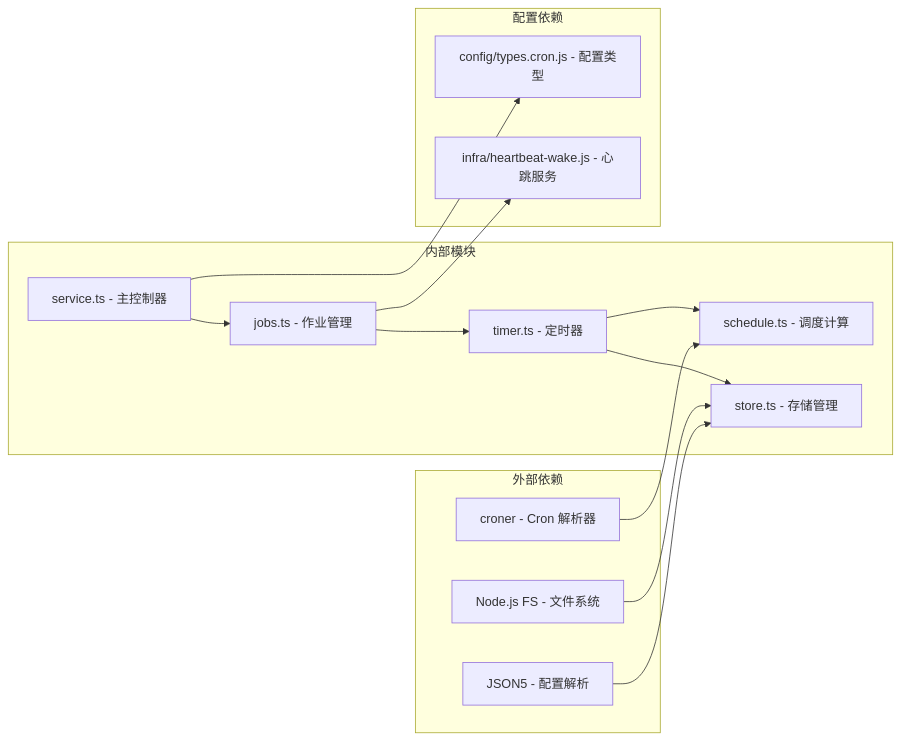
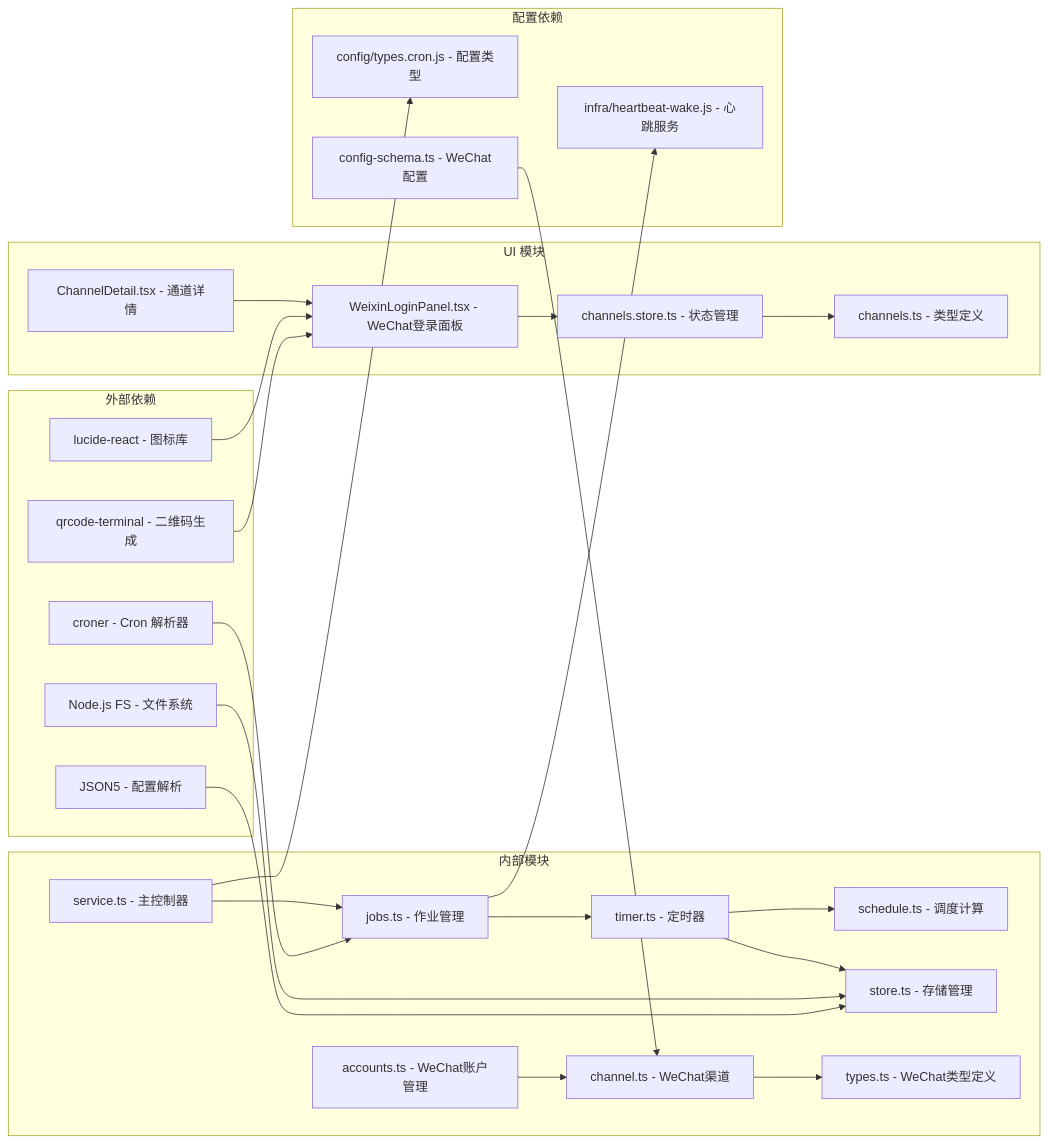
One commit to verse-ai-org/openclaw changed diagram 16 of 16 in .qoder/repowiki/zh/content/Web界面/定时任务管理系统/定时任务管理系统增强.md. Above: the diagram before and after it, drawn with Mermaid. The commit also changed other lines of this file and 12 other files, not shown here.

````diff
--- a/.qoder/repowiki/zh/content/Web界面/定时任务管理系统/定时任务管理系统增强.md
+++ b/.qoder/repowiki/zh/content/Web界面/定时任务管理系统/定时任务管理系统增强.md
@@ -316,28 +681,48 @@
 ```mermaid
 graph LR
 subgraph "外部依赖"
 A[croner - Cron 解析器]
 B[JSON5 - 配置解析]
 C[Node.js FS - 文件系统]
+D[qrcode-terminal - 二维码生成]
+E[lucide-react - 图标库]
 end
 subgraph "内部模块"
-D[service.ts - 主控制器]
-E[jobs.ts - 作业管理]
-F[timer.ts - 定时器]
-G[schedule.ts - 调度计算]
-H[store.ts - 存储管理]
+F[service.ts - 主控制器]
+G[jobs.ts - 作业管理]
+H[timer.ts - 定时器]
+I[schedule.ts - 调度计算]
+J[store.ts - 存储管理]
+K[accounts.ts - WeChat账户管理]
+L[channel.ts - WeChat渠道]
+M[types.ts - WeChat类型定义]
+end
+subgraph "UI 模块"
+N[ChannelDetail.tsx - 通道详情]
+O[WeixinLoginPanel.tsx - WeChat登录面板]
+P[channels.store.ts - 状态管理]
+Q[channels.ts - 类型定义]
 end
 subgraph "配置依赖"
-I[config/types.cron.js - 配置类型]
-J[infra/heartbeat-wake.js - 心跳服务]
+R[config/types.cron.js - 配置类型]
+S[infra/heartbeat-wake.js - 心跳服务]
+T[config-schema.ts - WeChat配置]
 end
 A --> G
-B --> H
-C --> H
-D --> E
-E --> F
+B --> J
+C --> J
+D --> O
+E --> O
 F --> G
-F --> H
-D --> I
-E --> J
+G --> H
+H --> I
+H --> J
+K --> L
+L --> M
+N --> O
+O --> P
+P --> Q
+T --> L
+F --> R
+G --> S
 ```
````
